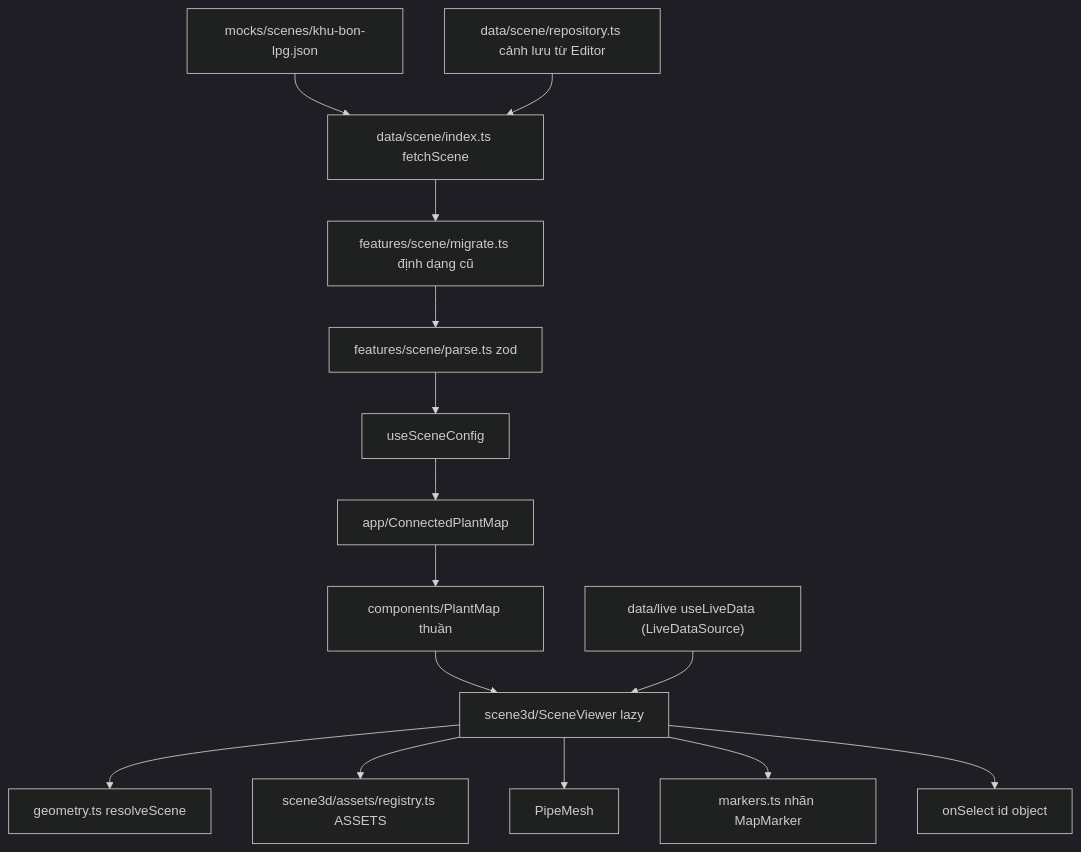
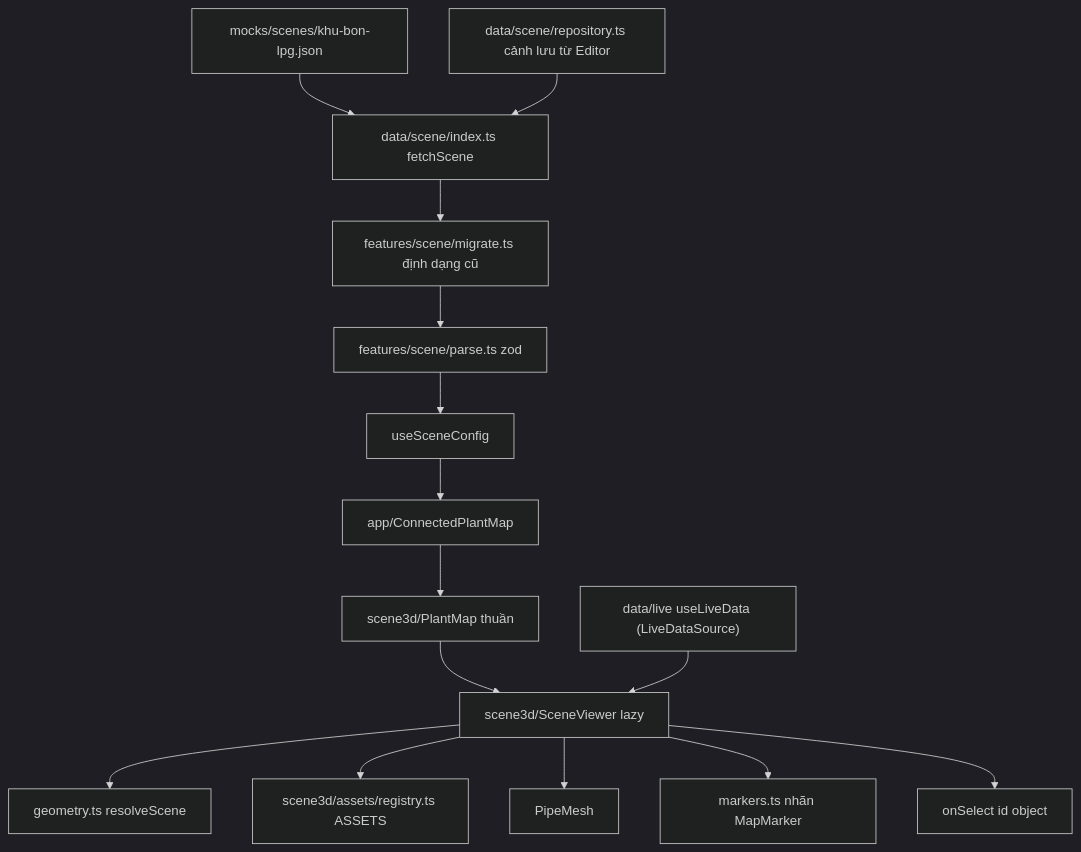
Before and after one commit to tuanpq-dev/demo-lpg: the second of 4 diagrams in docs/guide/overview-map-3d.md, drawn with Mermaid (dark theme). The commit also changed other lines of this file and 102 other files, not shown here.

First line of the commit message:
refactor(fe): lớp src/widgets cho component nghiệp vụ; đổi tên components/PlantMapImage; cấm import chéo màn

````diff
--- a/docs/guide/overview-map-3d.md
+++ b/docs/guide/overview-map-3d.md
@@ -45,17 +45,17 @@
 ```mermaid
 flowchart TD
   JSON["mocks/scenes/khu-bon-lpg.json"] --> FETCH["data/scene/index.ts fetchScene"]
   REPO["data/scene/repository.ts cảnh lưu từ Editor"] --> FETCH
   FETCH --> MIG["features/scene/migrate.ts định dạng cũ"]
   MIG --> ZOD["features/scene/parse.ts zod"]
   ZOD --> HOOK["useSceneConfig"]
   HOOK --> CPM["app/ConnectedPlantMap"]
-  CPM --> PM["components/PlantMap thuần"]
+  CPM --> PM["scene3d/PlantMap thuần"]
   PM --> SV["scene3d/SceneViewer lazy"]
   SV --> GEO["geometry.ts resolveScene"]
   SV --> REG["scene3d/assets/registry.ts ASSETS"]
   SV --> PIPE["PipeMesh"]
   SV --> MARK["markers.ts nhãn MapMarker"]
   LIVE["data/live useLiveData (LiveDataSource)"] --> SV
   SV --> SEL["onSelect id object"]
 ```
````
